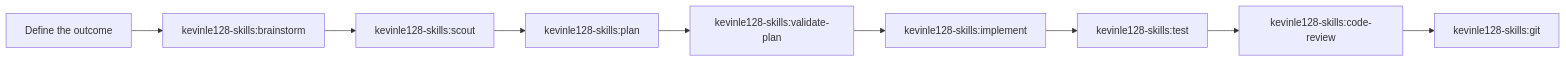
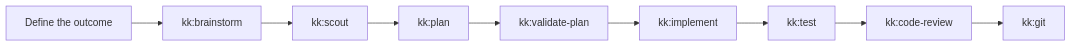
The diagram in docs/guide/README.md (kevinle128/skills), drawn with Mermaid before and after one commit. The commit also changed other lines of this file and 561 other files, not shown here.

````diff
--- a/docs/guide/README.md
+++ b/docs/guide/README.md
@@ -26,11 +40,11 @@
 ```mermaid
 flowchart LR
-    A[Define the outcome] --> B[kevinle128-skills:brainstorm]
-    B --> C[kevinle128-skills:scout]
-    C --> D[kevinle128-skills:plan]
-    D --> E[kevinle128-skills:validate-plan]
-    E --> F[kevinle128-skills:implement]
-    F --> G[kevinle128-skills:test]
-    G --> H[kevinle128-skills:code-review]
-    H --> I[kevinle128-skills:git]
+    A[Define the outcome] --> B[kk:brainstorm]
+    B --> C[kk:scout]
+    C --> D[kk:plan]
+    D --> E[kk:validate-plan]
+    E --> F[kk:implement]
+    F --> G[kk:test]
+    G --> H[kk:code-review]
+    H --> I[kk:git]
 ```
````
